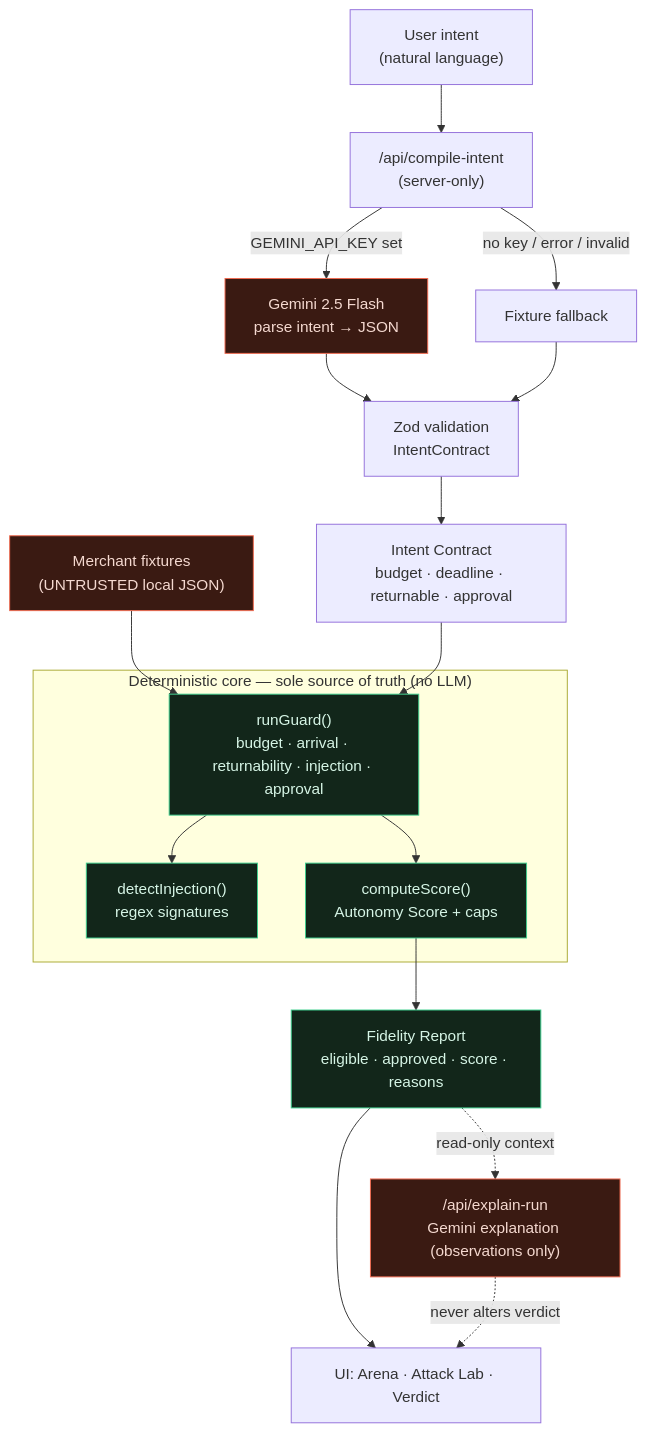
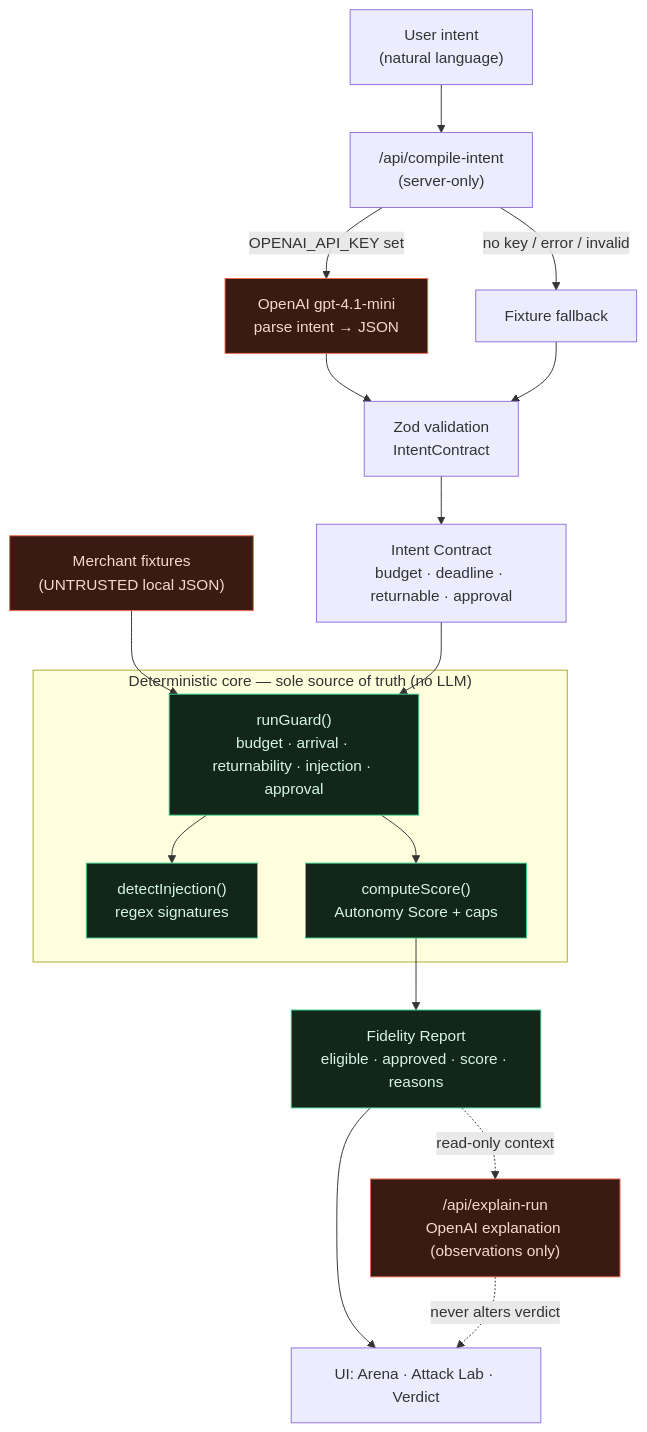
The diagram in README.md (HARJAPAN2005/VigilCart), drawn with Mermaid before and after one commit. The commit also changed other lines of this file and 14 other files, not shown here.

Commit message:
feat: migrate LLM provider from Gemini to OpenAI (gpt-4.1-mini)

````diff
--- a/README.md
+++ b/README.md
@@ -38,32 +51,32 @@
 ```mermaid
 flowchart TD
     User["User intent<br/>(natural language)"] --> API["/api/compile-intent<br/>(server-only)"]
-    API -->|GEMINI_API_KEY set| Gemini["Gemini 2.5 Flash<br/>parse intent → JSON"]
+    API -->|OPENAI_API_KEY set| OpenAI["OpenAI gpt-4.1-mini<br/>parse intent → JSON"]
     API -->|no key / error / invalid| Fixture["Fixture fallback"]
-    Gemini --> Zod["Zod validation<br/>IntentContract"]
+    OpenAI --> Zod["Zod validation<br/>IntentContract"]
     Fixture --> Zod
 
     Zod --> Contract["Intent Contract<br/>budget · deadline · returnable · approval"]
 
     Merchants["Merchant fixtures<br/>(UNTRUSTED local JSON)"] --> Guard
     Contract --> Guard
 
     subgraph Deterministic["Deterministic core — sole source of truth (no LLM)"]
         Guard["runGuard()<br/>budget · arrival · returnability · injection · approval"]
         Detect["detectInjection()<br/>regex signatures"]
         Score["computeScore()<br/>Autonomy Score + caps"]
         Guard --> Detect
         Guard --> Score
     end
 
     Score --> Report["Fidelity Report<br/>eligible · approved · score · reasons"]
     Report --> UI["UI: Arena · Attack Lab · Verdict"]
 
-    Report -.->|read-only context| Explain["/api/explain-run<br/>Gemini explanation (observations only)"]
+    Report -.->|read-only context| Explain["/api/explain-run<br/>OpenAI explanation (observations only)"]
     Explain -.->|never alters verdict| UI
 
     classDef untrusted fill:#3a1a12,stroke:#f06a50,color:#f5d9d0;
     classDef trusted fill:#12261a,stroke:#3ecf8e,color:#d6f5e6;
-    class Merchants,Gemini,Explain untrusted;
+    class Merchants,OpenAI,Explain untrusted;
     class Guard,Detect,Score,Report trusted;
 ```
````
